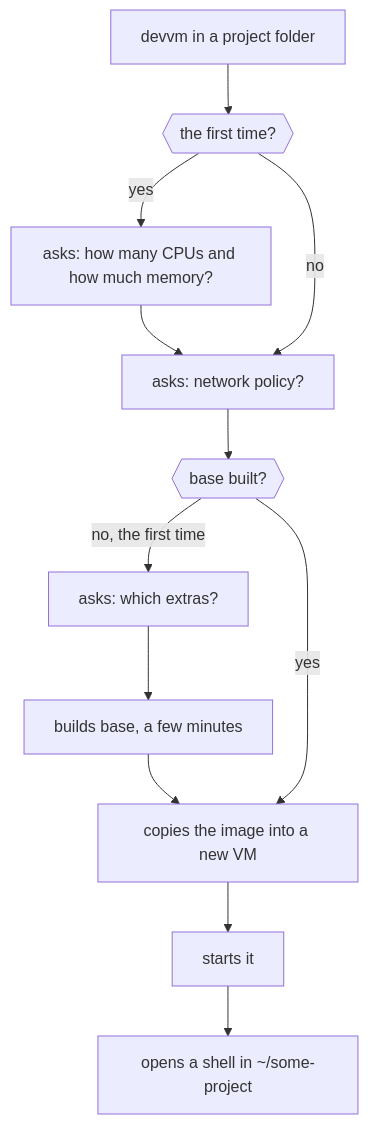
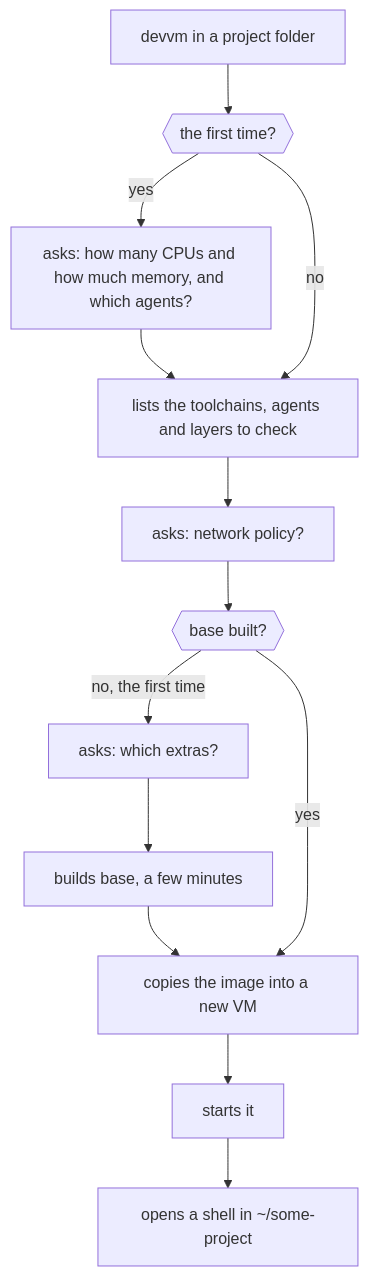
One commit to DustyPolk/devvm changed the diagram in docs/content/docs/getting-started/first-vm.md. Above: the diagram before and after it, drawn with Mermaid. The commit also changed other lines of this file and 178 other files, not shown here.

````diff
--- a/docs/content/docs/getting-started/first-vm.md
+++ b/docs/content/docs/getting-started/first-vm.md
@@ -41,10 +57,11 @@
 ```mermaid
 flowchart TD
   run["devvm in a project folder"] --> first{{"the first time?"}}
-  first -- "yes" --> size["asks: how many CPUs and how much memory?"] --> net
-  first -- "no" --> net["asks: network policy?"]
+  first -- "yes" --> size["asks: how many CPUs and how much memory, and which agents?"] --> pick
+  first -- "no" --> pick["lists the toolchains, agents and layers to check"]
+  pick --> net["asks: network policy?"]
   net --> built{{"base built?"}}
   built -- "no, the first time" --> extras["asks: which extras?"] --> build["builds base, a few minutes"] --> copy
   built -- "yes" --> copy["copies the image into a new VM"]
   copy --> start["starts it"] --> shell["opens a shell in ~/some-project"]
 ```
````
